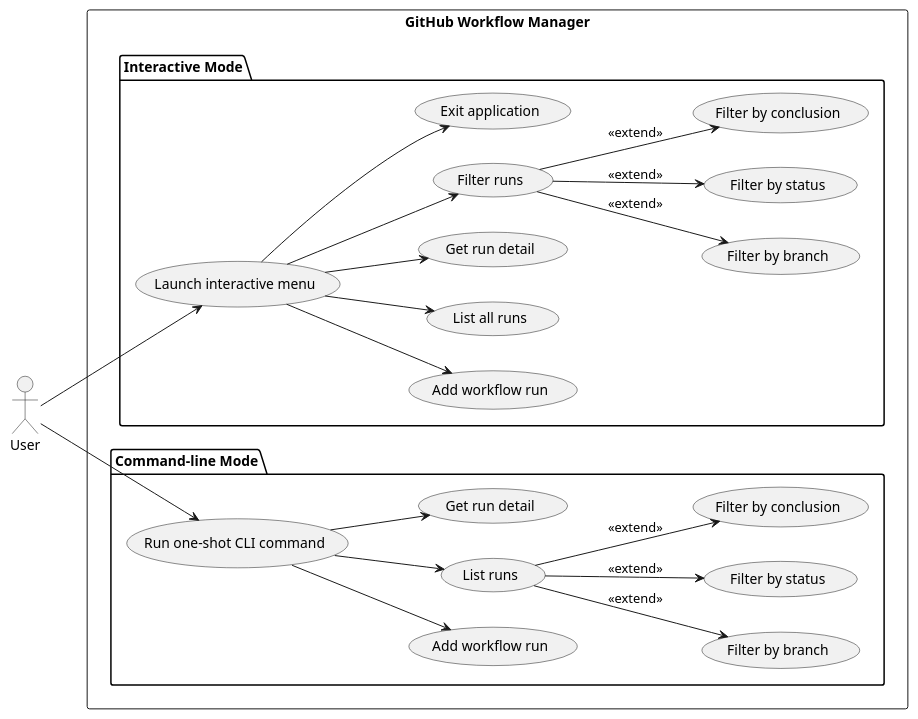
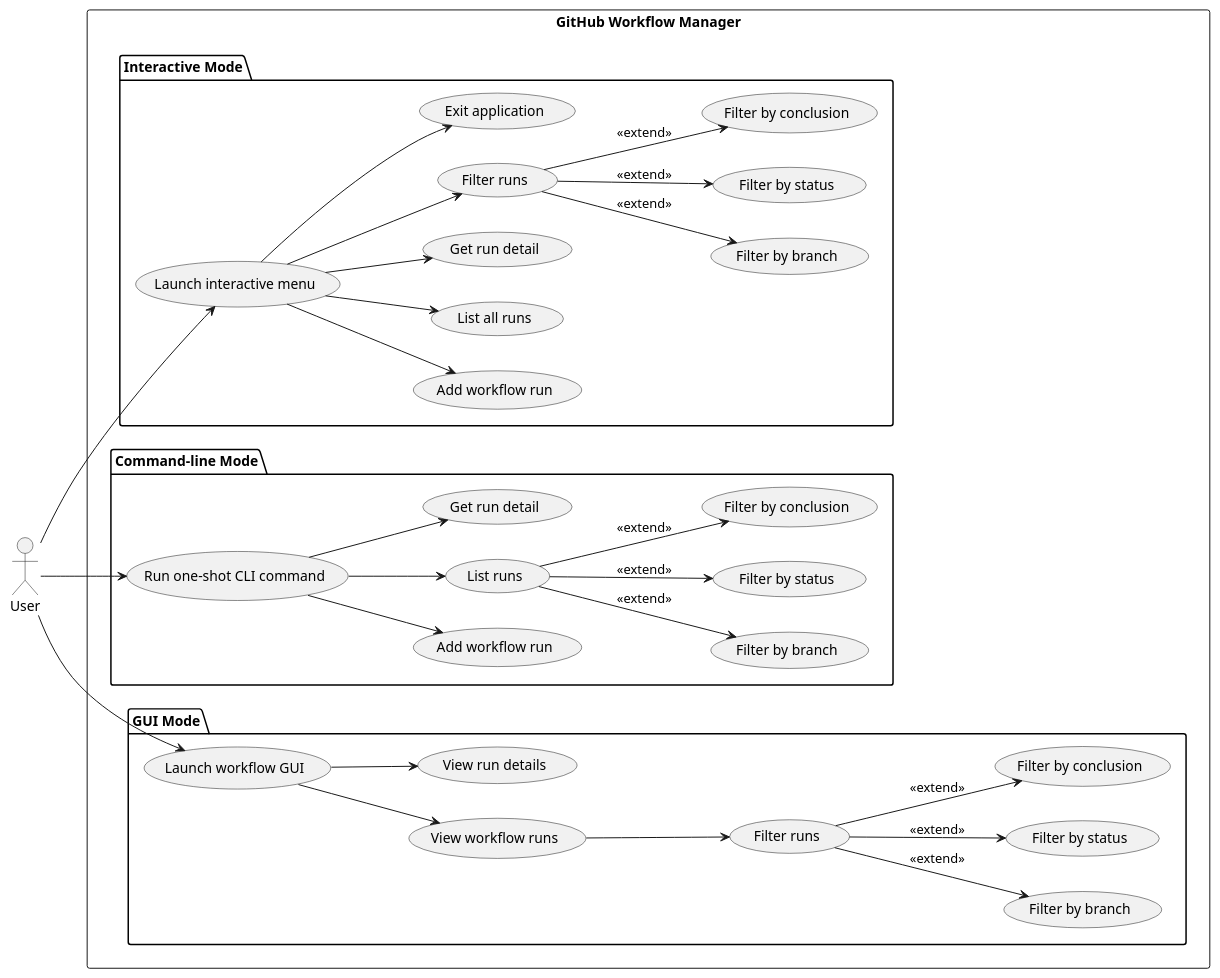
The diagram in experiments/supervisor_as_tools/test_driven/github-workflow-manager/artifacts/use_case_diagram.puml (DanielRiha8906/Software_autoevolution_using_agents), drawn with PlantUML before and after one commit. The commit also changed 6 other files, not shown here.

```diff
--- a/experiments/supervisor_as_tools/test_driven/github-workflow-manager/artifacts/use_case_diagram.puml
+++ b/experiments/supervisor_as_tools/test_driven/github-workflow-manager/artifacts/use_case_diagram.puml
@@ -1,53 +1,72 @@
 @startuml use_case_diagram
 
 left to right direction
 
 actor User
 
 rectangle "GitHub Workflow Manager" {
 
   package "Interactive Mode" {
     usecase "Launch interactive menu"  as UI
     usecase "Add workflow run"         as I_ADD
     usecase "List all runs"            as I_LIST
     usecase "Get run detail"           as I_DETAIL
     usecase "Filter runs"              as I_FILTER
     usecase "Filter by branch"         as I_FBRANCH
     usecase "Filter by status"         as I_FSTATUS
     usecase "Filter by conclusion"     as I_FCONCL
     usecase "Exit application"         as I_EXIT
   }
 
   package "Command-line Mode" {
     usecase "Run one-shot CLI command" as CLI
     usecase "Add workflow run"         as C_ADD
     usecase "List runs"                as C_LIST
     usecase "Filter by branch"         as C_FBRANCH
     usecase "Filter by status"         as C_FSTATUS
     usecase "Filter by conclusion"     as C_FCONCL
     usecase "Get run detail"           as C_DETAIL
   }
+
+  package "GUI Mode" {
+    usecase "Launch workflow GUI"      as GUI
+    usecase "View workflow runs"       as G_VIEW
+    usecase "Filter runs"              as G_FILTER
+    usecase "Filter by branch"         as G_FBRANCH
+    usecase "Filter by status"         as G_FSTATUS
+    usecase "Filter by conclusion"     as G_FCONCL
+    usecase "View run details"         as G_DETAIL
+  }
 }
 
 User --> UI
 User --> CLI
+User --> GUI
 
 UI --> I_ADD
 UI --> I_LIST
 UI --> I_DETAIL
 UI --> I_FILTER
 UI --> I_EXIT
 
 I_FILTER --> I_FBRANCH  : <<extend>>
 I_FILTER --> I_FSTATUS  : <<extend>>
 I_FILTER --> I_FCONCL   : <<extend>>
 
 CLI --> C_ADD
 CLI --> C_LIST
 CLI --> C_DETAIL
 
 C_LIST --> C_FBRANCH  : <<extend>>
 C_LIST --> C_FSTATUS  : <<extend>>
 C_LIST --> C_FCONCL   : <<extend>>
 
+GUI --> G_VIEW
+GUI --> G_DETAIL
+
+G_VIEW --> G_FILTER
+G_FILTER --> G_FBRANCH  : <<extend>>
+G_FILTER --> G_FSTATUS  : <<extend>>
+G_FILTER --> G_FCONCL   : <<extend>>
+
 @enduml
```
